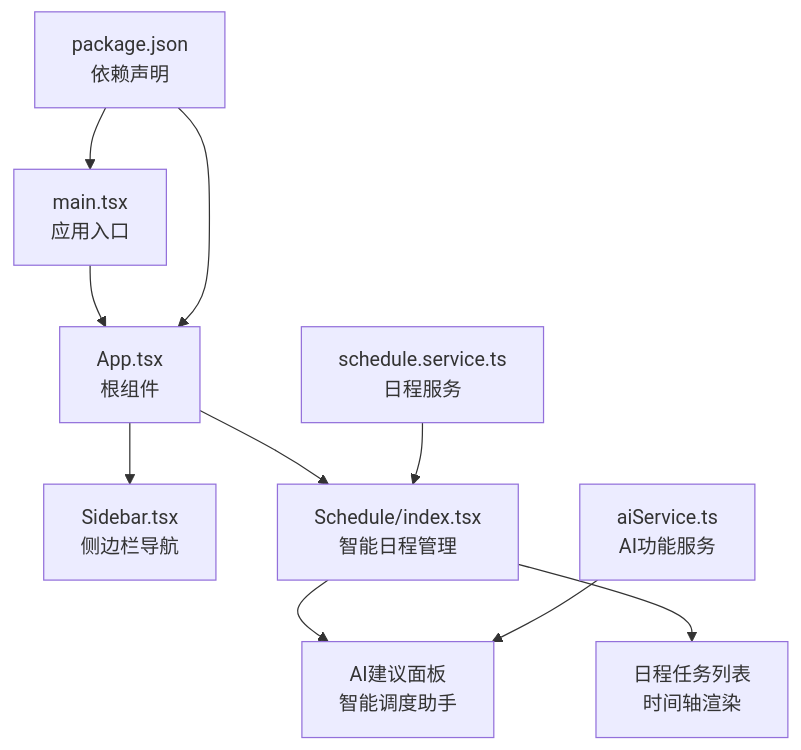
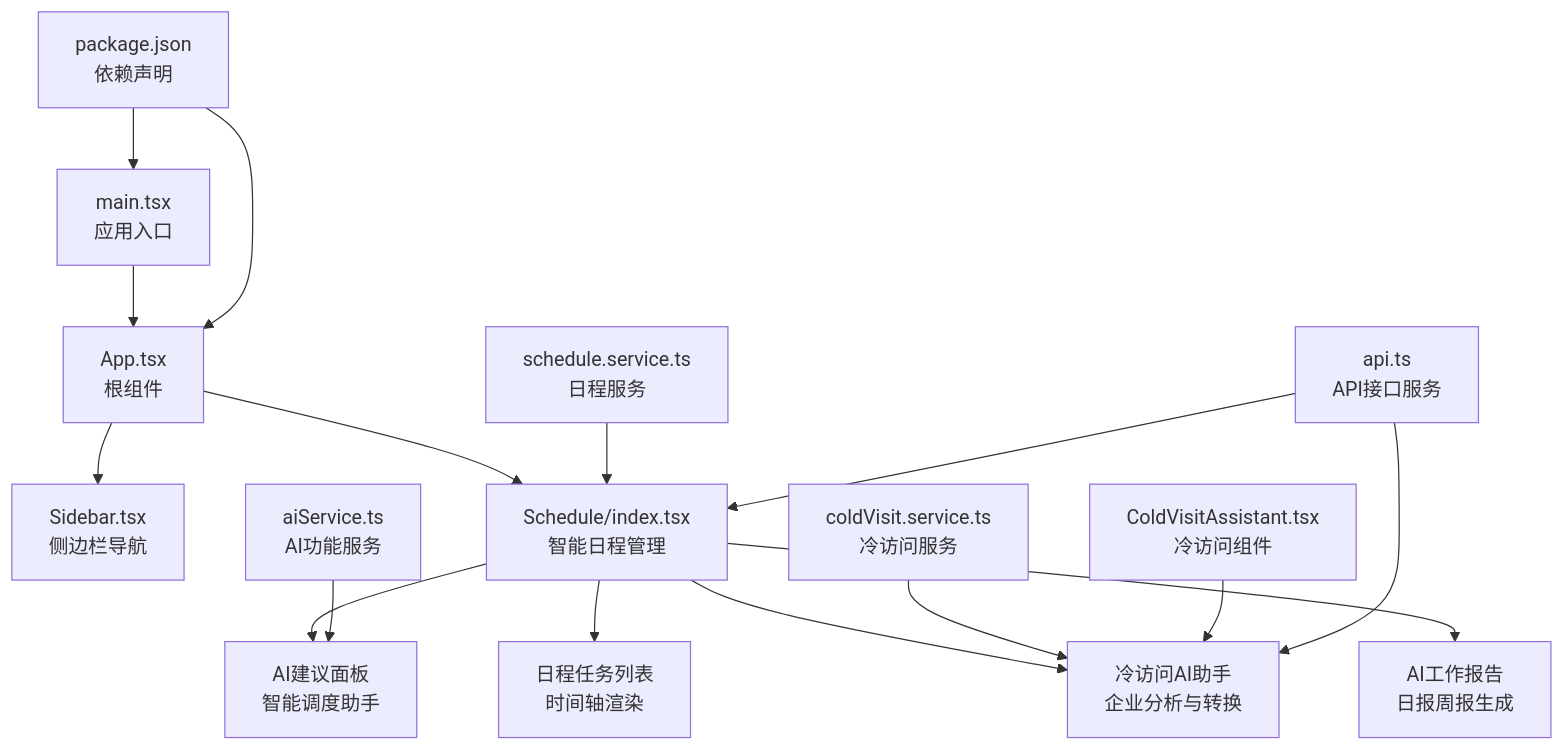
The first of 11 diagrams in .qoder/repowiki/zh/content/核心组件/日程管理组件 (DailySchedule).md (xianjianshenqu/SalesFlow-CRM), drawn with Mermaid before and after one commit. The commit also changed other lines of this file and 9 other files, not shown here.

````diff
--- a/.qoder/repowiki/zh/content/核心组件/日程管理组件 (DailySchedule).md
+++ b/.qoder/repowiki/zh/content/核心组件/日程管理组件 (DailySchedule).md
@@ -44,12 +51,18 @@
 ```mermaid
 graph TB
 A["main.tsx<br/>应用入口"] --> B["App.tsx<br/>根组件"]
 B --> C["Sidebar.tsx<br/>侧边栏导航"]
 B --> D["Schedule/index.tsx<br/>智能日程管理"]
 D --> E["AI建议面板<br/>智能调度助手"]
 D --> F["日程任务列表<br/>时间轴渲染"]
-G["aiService.ts<br/>AI功能服务"] --> E
-H["schedule.service.ts<br/>日程服务"] --> D
-I["package.json<br/>依赖声明"] --> A
-I --> B
+D --> G["冷访问AI助手<br/>企业分析与转换"]
+D --> H["AI工作报告<br/>日报周报生成"]
+I["aiService.ts<br/>AI功能服务"] --> E
+J["schedule.service.ts<br/>日程服务"] --> D
+K["coldVisit.service.ts<br/>冷访问服务"] --> G
+L["ColdVisitAssistant.tsx<br/>冷访问组件"] --> G
+M["api.ts<br/>API接口服务"] --> D
+M --> G
+N["package.json<br/>依赖声明"] --> A
+N --> B
 ```
````
